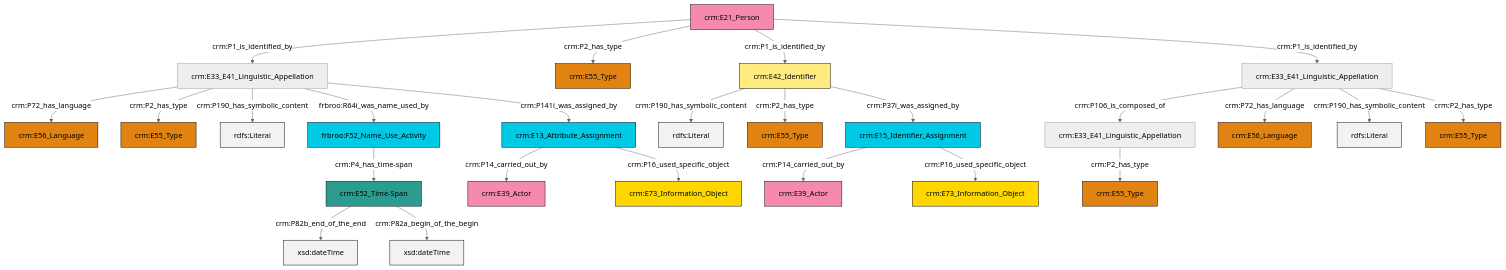
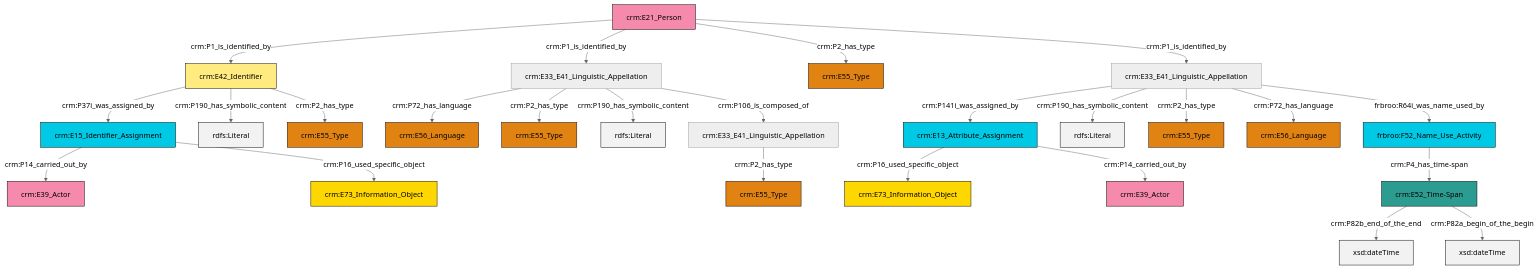
Before and after one commit to swiss-art-research-net/reference-data-models: the diagram in et/personCSV/ttl/mmd/Person_Names_and_Classification.ttl.mmd, drawn with Mermaid (neutral theme). The commit also changed 123 other files, not shown here.

```diff
--- a/et/personCSV/ttl/mmd/Person_Names_and_Classification.ttl.mmd
+++ b/et/personCSV/ttl/mmd/Person_Names_and_Classification.ttl.mmd
@@ -1,39 +1,39 @@
 graph TD
 classDef Literal fill:#f2f2f2,stroke:#000000;
 classDef CRM_Entity fill:#FFFFFF,stroke:#000000;
 classDef Temporal_Entity fill:#00C9E6, stroke:#000000;
 classDef Type fill:#E18312, stroke:#000000;
 classDef Time-Span fill:#2C9C91, stroke:#000000;
 classDef Appellation fill:#FFEB7F, stroke:#000000;
 classDef Place fill:#008836, stroke:#000000;
 classDef Persistent_Item fill:#B266B2, stroke:#000000;
 classDef Conceptual_Object fill:#FFD700, stroke:#000000;
 classDef Physical_Thing fill:#D2B48C, stroke:#000000;
 classDef Actor fill:#f58aad, stroke:#000000;
 classDef PC_Classes fill:#4ce600, stroke:#000000;
 classDef Multi fill:#cccccc,stroke:#000000;
 
-0["crm:E33_E41_Linguistic_Appellation"]:::Default -->|crm:P106_is_composed_of| 1["crm:E33_E41_Linguistic_Appellation"]:::Default
-2["crm:E21_Person"]:::Actor -->|crm:P1_is_identified_by| 3["crm:E33_E41_Linguistic_Appellation"]:::Default
-1["crm:E33_E41_Linguistic_Appellation"]:::Default -->|crm:P2_has_type| 5["crm:E55_Type"]:::Type
-3["crm:E33_E41_Linguistic_Appellation"]:::Default -->|crm:P72_has_language| 7["crm:E56_Language"]:::Type
-2["crm:E21_Person"]:::Actor -->|crm:P2_has_type| 8["crm:E55_Type"]:::Type
-0["crm:E33_E41_Linguistic_Appellation"]:::Default -->|crm:P72_has_language| 18["crm:E56_Language"]:::Type
-19["crm:E13_Attribute_Assignment"]:::Temporal_Entity -->|crm:P14_carried_out_by| 20["crm:E39_Actor"]:::Actor
-2["crm:E21_Person"]:::Actor -->|crm:P1_is_identified_by| 21["crm:E42_Identifier"]:::Appellation
-3["crm:E33_E41_Linguistic_Appellation"]:::Default -->|crm:P2_has_type| 24["crm:E55_Type"]:::Type
-3["crm:E33_E41_Linguistic_Appellation"]:::Default -->|crm:P190_has_symbolic_content| 26[rdfs:Literal]:::Literal
-3["crm:E33_E41_Linguistic_Appellation"]:::Default -->|frbroo:R64i_was_name_used_by| 28["frbroo:F52_Name_Use_Activity"]:::Temporal_Entity
-0["crm:E33_E41_Linguistic_Appellation"]:::Default -->|crm:P190_has_symbolic_content| 29[rdfs:Literal]:::Literal
-3["crm:E33_E41_Linguistic_Appellation"]:::Default -->|crm:P141i_was_assigned_by| 19["crm:E13_Attribute_Assignment"]:::Temporal_Entity
-21["crm:E42_Identifier"]:::Appellation -->|crm:P190_has_symbolic_content| 32[rdfs:Literal]:::Literal
-21["crm:E42_Identifier"]:::Appellation -->|crm:P2_has_type| 33["crm:E55_Type"]:::Type
-19["crm:E13_Attribute_Assignment"]:::Temporal_Entity -->|crm:P16_used_specific_object| 15["crm:E73_Information_Object"]:::Conceptual_Object
-28["frbroo:F52_Name_Use_Activity"]:::Temporal_Entity -->|crm:P4_has_time-span| 13["crm:E52_Time-Span"]:::Time-Span
-13["crm:E52_Time-Span"]:::Time-Span -->|crm:P82b_end_of_the_end| 40[xsd:dateTime]:::Literal
-2["crm:E21_Person"]:::Actor -->|crm:P1_is_identified_by| 0["crm:E33_E41_Linguistic_Appellation"]:::Default
-13["crm:E52_Time-Span"]:::Time-Span -->|crm:P82a_begin_of_the_begin| 42[xsd:dateTime]:::Literal
-43["crm:E15_Identifier_Assignment"]:::Temporal_Entity -->|crm:P14_carried_out_by| 22["crm:E39_Actor"]:::Actor
-0["crm:E33_E41_Linguistic_Appellation"]:::Default -->|crm:P2_has_type| 38["crm:E55_Type"]:::Type
-21["crm:E42_Identifier"]:::Appellation -->|crm:P37i_was_assigned_by| 43["crm:E15_Identifier_Assignment"]:::Temporal_Entity
-43["crm:E15_Identifier_Assignment"]:::Temporal_Entity -->|crm:P16_used_specific_object| 10["crm:E73_Information_Object"]:::Conceptual_Object
+0["crm:E15_Identifier_Assignment"]:::Temporal_Entity -->|crm:P14_carried_out_by| 1["crm:E39_Actor"]:::Actor
+8["crm:E52_Time-Span"]:::Time-Span -->|crm:P82b_end_of_the_end| 9[xsd:dateTime]:::Literal
+12["frbroo:F52_Name_Use_Activity"]:::Temporal_Entity -->|crm:P4_has_time-span| 8["crm:E52_Time-Span"]:::Time-Span
+0["crm:E15_Identifier_Assignment"]:::Temporal_Entity -->|crm:P16_used_specific_object| 15["crm:E73_Information_Object"]:::Conceptual_Object
+16["crm:E21_Person"]:::Actor -->|crm:P1_is_identified_by| 17["crm:E42_Identifier"]:::Appellation
+20["crm:E33_E41_Linguistic_Appellation"]:::Default -->|crm:P141i_was_assigned_by| 21["crm:E13_Attribute_Assignment"]:::Temporal_Entity
+20["crm:E33_E41_Linguistic_Appellation"]:::Default -->|crm:P190_has_symbolic_content| 23[rdfs:Literal]:::Literal
+17["crm:E42_Identifier"]:::Appellation -->|crm:P37i_was_assigned_by| 0["crm:E15_Identifier_Assignment"]:::Temporal_Entity
+21["crm:E13_Attribute_Assignment"]:::Temporal_Entity -->|crm:P16_used_specific_object| 31["crm:E73_Information_Object"]:::Conceptual_Object
+16["crm:E21_Person"]:::Actor -->|crm:P1_is_identified_by| 18["crm:E33_E41_Linguistic_Appellation"]:::Default
+24["crm:E33_E41_Linguistic_Appellation"]:::Default -->|crm:P2_has_type| 34["crm:E55_Type"]:::Type
+20["crm:E33_E41_Linguistic_Appellation"]:::Default -->|crm:P2_has_type| 13["crm:E55_Type"]:::Type
+18["crm:E33_E41_Linguistic_Appellation"]:::Default -->|crm:P72_has_language| 2["crm:E56_Language"]:::Type
+17["crm:E42_Identifier"]:::Appellation -->|crm:P190_has_symbolic_content| 36[rdfs:Literal]:::Literal
+21["crm:E13_Attribute_Assignment"]:::Temporal_Entity -->|crm:P14_carried_out_by| 26["crm:E39_Actor"]:::Actor
+16["crm:E21_Person"]:::Actor -->|crm:P2_has_type| 6["crm:E55_Type"]:::Type
+20["crm:E33_E41_Linguistic_Appellation"]:::Default -->|crm:P72_has_language| 10["crm:E56_Language"]:::Type
+18["crm:E33_E41_Linguistic_Appellation"]:::Default -->|crm:P2_has_type| 4["crm:E55_Type"]:::Type
+17["crm:E42_Identifier"]:::Appellation -->|crm:P2_has_type| 38["crm:E55_Type"]:::Type
+20["crm:E33_E41_Linguistic_Appellation"]:::Default -->|frbroo:R64i_was_name_used_by| 12["frbroo:F52_Name_Use_Activity"]:::Temporal_Entity
+18["crm:E33_E41_Linguistic_Appellation"]:::Default -->|crm:P190_has_symbolic_content| 42[rdfs:Literal]:::Literal
+8["crm:E52_Time-Span"]:::Time-Span -->|crm:P82a_begin_of_the_begin| 44[xsd:dateTime]:::Literal
+18["crm:E33_E41_Linguistic_Appellation"]:::Default -->|crm:P106_is_composed_of| 24["crm:E33_E41_Linguistic_Appellation"]:::Default
+16["crm:E21_Person"]:::Actor -->|crm:P1_is_identified_by| 20["crm:E33_E41_Linguistic_Appellation"]:::Default
```
